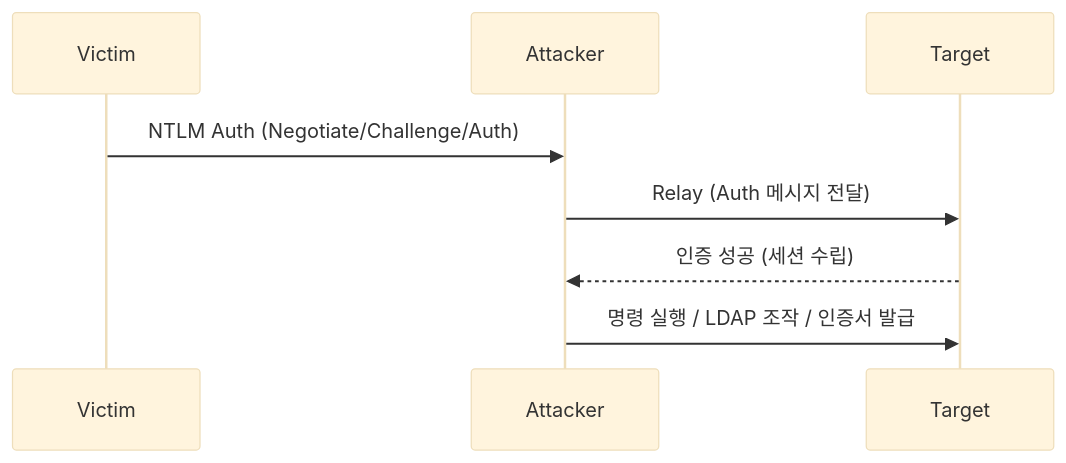
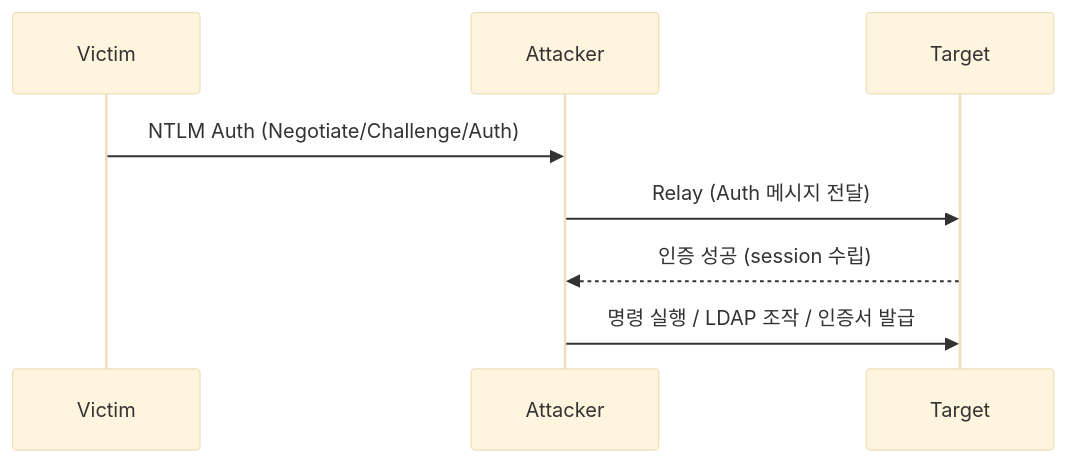
Before and after one commit to STEALIEN-RED/docs-redteam-cheatsheet: the diagram in docs/ad/ad-environment.md, drawn with Mermaid (base theme). The commit also changed other lines of this file and 69 other files, not shown here.

````diff
--- a/docs/ad/ad-environment.md
+++ b/docs/ad/ad-environment.md
@@ -240,10 +240,10 @@
 ```mermaid
 sequenceDiagram
     participant V as Victim
     participant A as Attacker
     participant T as Target
     V->>A: NTLM Auth (Negotiate/Challenge/Auth)
     A->>T: Relay (Auth 메시지 전달)
-    T-->>A: 인증 성공 (세션 수립)
+    T-->>A: 인증 성공 (session 수립)
     A->>T: 명령 실행 / LDAP 조작 / 인증서 발급
 ```
````
